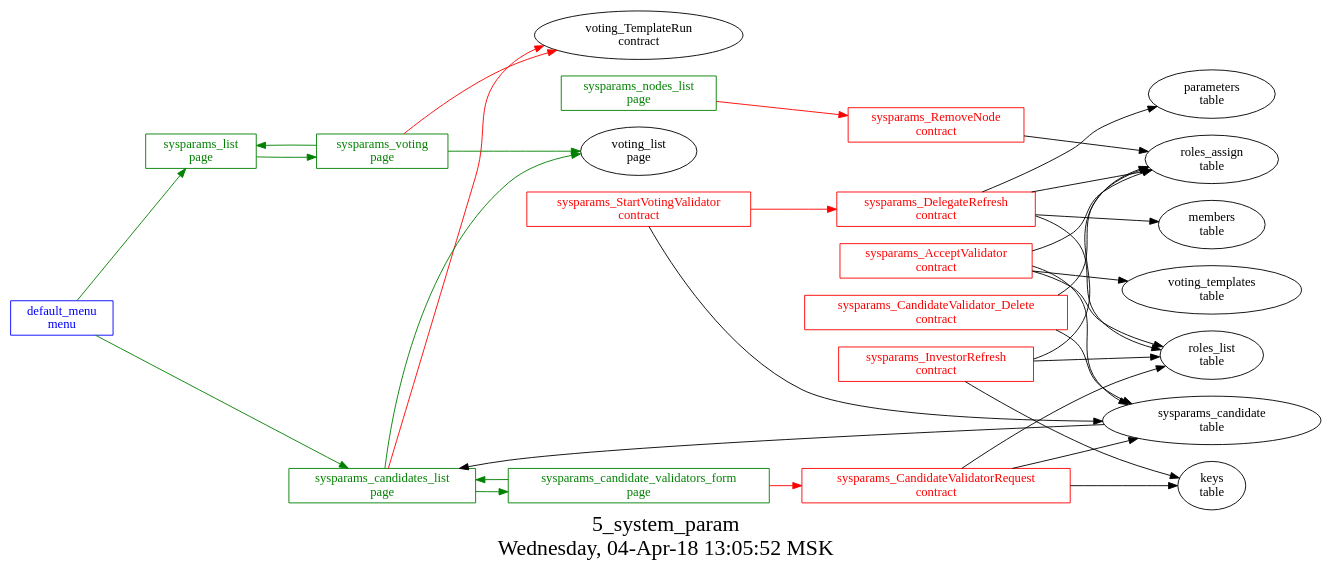
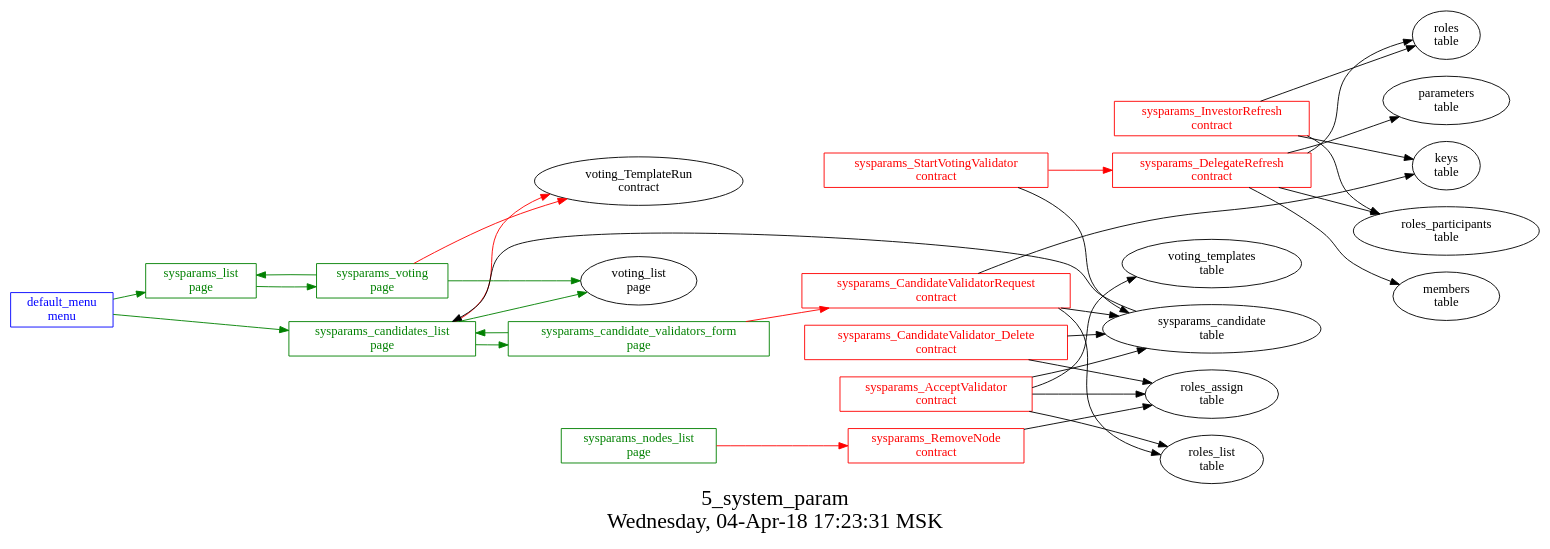
One commit to AplaProject/apps changed the diagram in src/basic/basic_main/5_system_params/struct.dot. Above: the diagram before and after it, drawn with Graphviz. The commit also changed 6 other files, not shown here.

```diff
--- a/src/basic/basic_main/5_system_params/struct.dot
+++ b/src/basic/basic_main/5_system_params/struct.dot
@@ -1,56 +1,56 @@
 digraph G {
 graph [
   fontsize="24";
-  label="5_system_param\nWednesday, 04-Apr-18 13:05:52 MSK";
+  label="5_system_param\nWednesday, 04-Apr-18 17:23:31 MSK";
   nojustify=true;
   ordering=out;
   rankdir=LR;
   size="30";
 ];
 "default_menu\nmenu" -> "sysparams_list\npage"  [ color=green ]
 "default_menu\nmenu" -> "sysparams_candidates_list\npage"  [ color=green ]
 "default_menu\nmenu" [color=blue, fontcolor=blue, group=menus, shape=record];
 "sysparams_candidate_validators_form\npage" -> "sysparams_CandidateValidatorRequest\ncontract"  [ color=red ]
 "sysparams_candidate_validators_form\npage" -> "sysparams_candidates_list\npage"  [ color=green ]
 "sysparams_candidate_validators_form\npage" [color=green, fontcolor=green, group=pages, shape=record];
 "sysparams_candidates_list\npage" -> "voting_TemplateRun\ncontract"  [ color=red ]
 "sysparams_candidate\ntable" -> "sysparams_candidates_list\npage"  [ color="" ]
 "sysparams_candidates_list\npage" -> "voting_list\npage"  [ color=green ]
 "sysparams_candidates_list\npage" -> "sysparams_candidate_validators_form\npage"  [ color=green ]
 "sysparams_candidates_list\npage" [color=green, fontcolor=green, group=pages, shape=record];
 "sysparams_list\npage" -> "sysparams_voting\npage"  [ color=green ]
 "sysparams_list\npage" [color=green, fontcolor=green, group=pages, shape=record];
 "sysparams_nodes_list\npage" -> "sysparams_RemoveNode\ncontract"  [ color=red ]
 "sysparams_nodes_list\npage" [color=green, fontcolor=green, group=pages, shape=record];
 "sysparams_voting\npage" -> "voting_TemplateRun\ncontract"  [ color=red ]
 "sysparams_voting\npage" -> "sysparams_list\npage"  [ color=green ]
 "sysparams_voting\npage" -> "voting_list\npage"  [ color=green ]
 "sysparams_voting\npage" [color=green, fontcolor=green, group=pages, shape=record];
 "sysparams_AcceptValidator\ncontract" -> "voting_templates\ntable"  [ color="" ]
 "sysparams_AcceptValidator\ncontract" -> "sysparams_candidate\ntable"  [ color="" ]
 "sysparams_AcceptValidator\ncontract" -> "roles_assign\ntable"  [ color="" ]
 "sysparams_AcceptValidator\ncontract" -> "roles_list\ntable"  [ color="" ]
 "sysparams_AcceptValidator\ncontract" [color=red, fontcolor=red, group=contracts, shape=record];
 "sysparams_CandidateValidatorRequest\ncontract" -> "keys\ntable"  [ color="" ]
 "sysparams_CandidateValidatorRequest\ncontract" -> "roles_list\ntable"  [ color="" ]
 "sysparams_CandidateValidatorRequest\ncontract" -> "sysparams_candidate\ntable"  [ color="" ]
 "sysparams_CandidateValidatorRequest\ncontract" [color=red, fontcolor=red, group=contracts, shape=record];
 "sysparams_CandidateValidator_Delete\ncontract" -> "sysparams_candidate\ntable"  [ color="" ]
 "sysparams_CandidateValidator_Delete\ncontract" -> "roles_assign\ntable"  [ color="" ]
 "sysparams_CandidateValidator_Delete\ncontract" [color=red, fontcolor=red, group=contracts, shape=record];
-"sysparams_DelegateRefresh\ncontract" -> "roles_list\ntable"  [ color="" ]
+"sysparams_DelegateRefresh\ncontract" -> "roles\ntable"  [ color="" ]
 "sysparams_DelegateRefresh\ncontract" -> "parameters\ntable"  [ color="" ]
-"sysparams_DelegateRefresh\ncontract" -> "roles_assign\ntable"  [ color="" ]
+"sysparams_DelegateRefresh\ncontract" -> "roles_participants\ntable"  [ color="" ]
 "sysparams_DelegateRefresh\ncontract" -> "members\ntable"  [ color="" ]
 "sysparams_DelegateRefresh\ncontract" [color=red, fontcolor=red, group=contracts, shape=record];
-"sysparams_InvestorRefresh\ncontract" -> "roles_list\ntable"  [ color="" ]
+"sysparams_InvestorRefresh\ncontract" -> "roles\ntable"  [ color="" ]
 "sysparams_InvestorRefresh\ncontract" -> "keys\ntable"  [ color="" ]
-"sysparams_InvestorRefresh\ncontract" -> "roles_assign\ntable"  [ color="" ]
+"sysparams_InvestorRefresh\ncontract" -> "roles_participants\ntable"  [ color="" ]
 "sysparams_InvestorRefresh\ncontract" [color=red, fontcolor=red, group=contracts, shape=record];
 "sysparams_RemoveNode\ncontract" -> "roles_assign\ntable"  [ color="" ]
 "sysparams_RemoveNode\ncontract" [color=red, fontcolor=red, group=contracts, shape=record];
 "sysparams_StartVotingValidator\ncontract" -> "sysparams_DelegateRefresh\ncontract"  [ color=red ]
 "sysparams_StartVotingValidator\ncontract" -> "sysparams_candidate\ntable"  [ color="" ]
 "sysparams_StartVotingValidator\ncontract" [color=red, fontcolor=red, group=contracts, shape=record];
 "sysparams_candidate\ntable" [color="", fontcolor="", group=tables, shape=""];
 }
```
